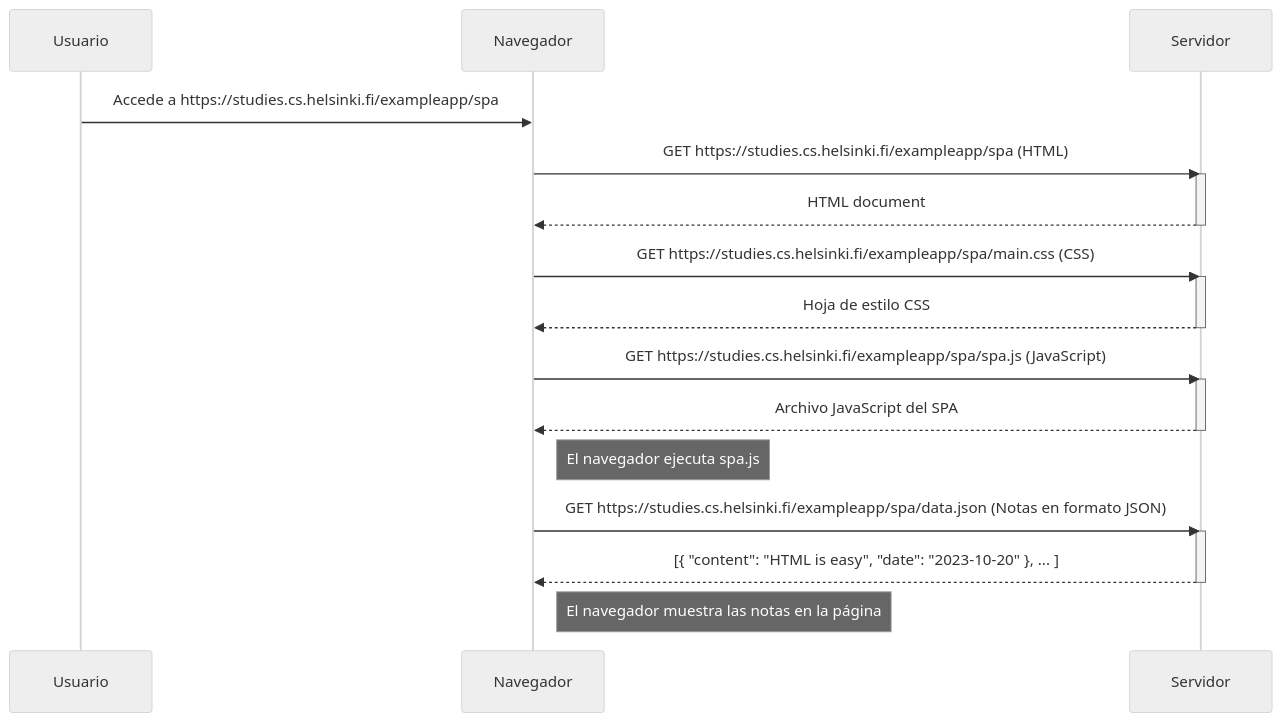
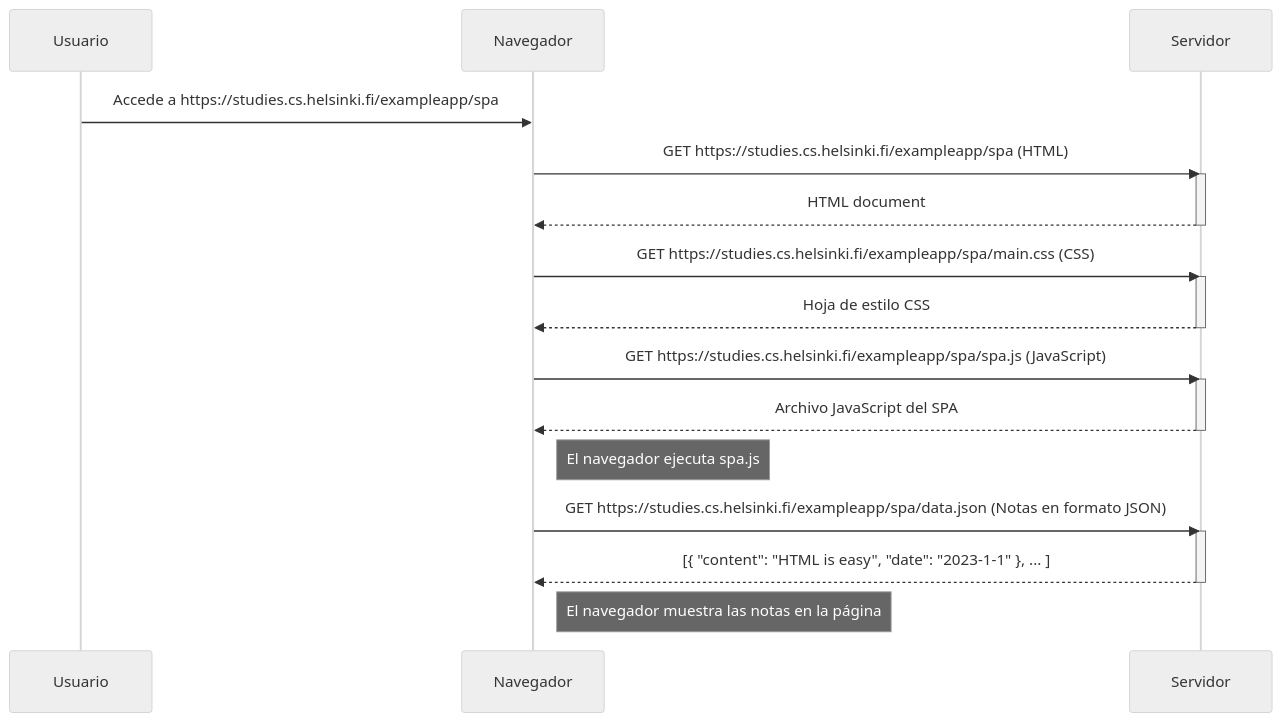
The diagram in part0/SinglePageAppDiagram.md (xing01/FullStackOpenYang), drawn with Mermaid (neutral theme) before and after one commit. The commit also changed 1 other file, not shown here.

Commit message:
Actualizando tarea segun datos del codigo de la orden en tareas

````diff
--- a/part0/SinglePageAppDiagram.md
+++ b/part0/SinglePageAppDiagram.md
@@ -3,32 +3,32 @@
 ```mermaid
 sequenceDiagram
     participant user as Usuario
     participant browser as Navegador
     participant server as Servidor
 
     user->>browser: Accede a https://studies.cs.helsinki.fi/exampleapp/spa
     browser->>server: GET https://studies.cs.helsinki.fi/exampleapp/spa (HTML)
     activate server
     server-->>browser: HTML document
     deactivate server
 
     browser->>server: GET https://studies.cs.helsinki.fi/exampleapp/spa/main.css (CSS)
     activate server
     server-->>browser: Hoja de estilo CSS
     deactivate server
 
     browser->>server: GET https://studies.cs.helsinki.fi/exampleapp/spa/spa.js (JavaScript)
     activate server
     server-->>browser: Archivo JavaScript del SPA
     deactivate server
 
     Note right of browser: El navegador ejecuta spa.js
 
     browser->>server: GET https://studies.cs.helsinki.fi/exampleapp/spa/data.json (Notas en formato JSON)
     activate server
-    server-->>browser: [{ "content": "HTML is easy", "date": "2023-10-20" }, ... ]
+    server-->>browser: [{ "content": "HTML is easy", "date": "2023-1-1" }, ... ]
     deactivate server
 
     Note right of browser: El navegador muestra las notas en la página
 
 ```
````
